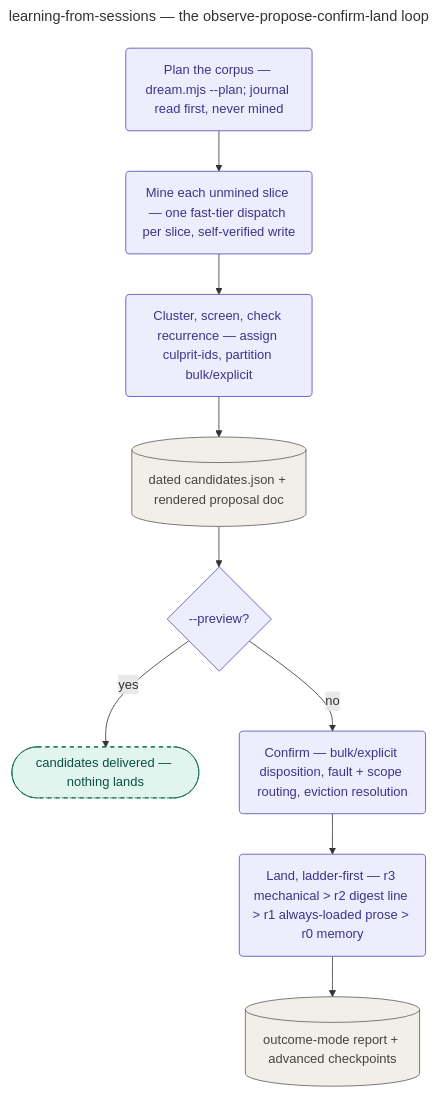
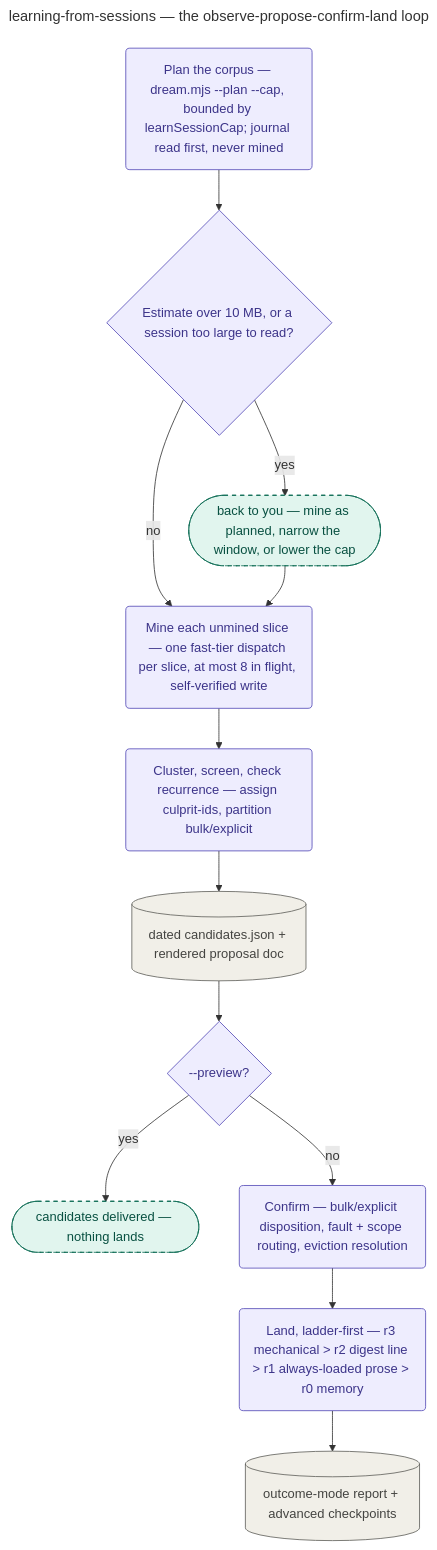
Before and after one commit to KonstantinRoehrl/devcycle: the diagram in docs/playbooks/learning-from-sessions/README.md, drawn with Mermaid. The commit also changed other lines of this file and 6 other files, not shown here.

````diff
--- a/docs/playbooks/learning-from-sessions/README.md
+++ b/docs/playbooks/learning-from-sessions/README.md
@@ -37,20 +41,24 @@
 ```mermaid
 ---
 title: learning-from-sessions — the observe-propose-confirm-land loop
-accDescr: Playbook-internal flowchart of the learn loop, from planning the corpus and mining unmined slices, through clustering, screening and recurrence-checking into a rendered candidate proposal, the --preview exit, and a default run's Confirm routing and ladder-first Land steps ending at the outcome-mode report.
+accDescr: Playbook-internal flowchart of the learn loop, from planning a capped corpus through the pre-dispatch cost gate and mining unmined slices, then clustering, screening and recurrence-checking into a rendered candidate proposal, the --preview exit, and a default run's Confirm routing and ladder-first Land steps ending at the outcome-mode report.
 ---
 flowchart TD
-    PLAN("Plan the corpus — dream.mjs --plan; journal read first, never mined"):::stage
-    PLAN --> MINE("Mine each unmined slice — one fast-tier dispatch per slice, self-verified write"):::stage
+    PLAN("Plan the corpus — dream.mjs --plan --cap, bounded by learnSessionCap; journal read first, never mined"):::stage
+    PLAN --> GATE{"Estimate over 10 MB, or a session too large to read?"}:::stage
+    GATE -->|yes| ASK(["back to you — mine as planned, narrow the window, or lower the cap"]):::tool
+    GATE -->|no| MINE
+    ASK --> MINE
+    MINE("Mine each unmined slice — one fast-tier dispatch per slice, at most 8 in flight, self-verified write"):::stage
     MINE --> CLUSTER("Cluster, screen, check recurrence — assign culprit-ids, partition bulk/explicit"):::stage
     CLUSTER --> CANDFILE[("dated candidates.json + rendered proposal doc")]:::structural
     CANDFILE --> PREVIEW{"--preview?"}:::stage
     PREVIEW -->|yes| STOP(["candidates delivered — nothing lands"]):::tool
     PREVIEW -->|no| CONFIRM("Confirm — bulk/explicit disposition, fault + scope routing, eviction resolution"):::stage
     CONFIRM --> LAND("Land, ladder-first — r3 mechanical > r2 digest line > r1 always-loaded prose > r0 memory"):::stage
     LAND --> OUTCOME[("outcome-mode report + advanced checkpoints")]:::structural
 
     classDef stage fill:#EEEDFE,stroke:#534AB7,color:#3C3489;
     classDef tool fill:#E1F5EE,stroke:#0F6E56,color:#085041,stroke-dasharray:5 5;
     classDef structural fill:#F1EFE8,stroke:#5F5E5A,color:#444441;
 ```
````
